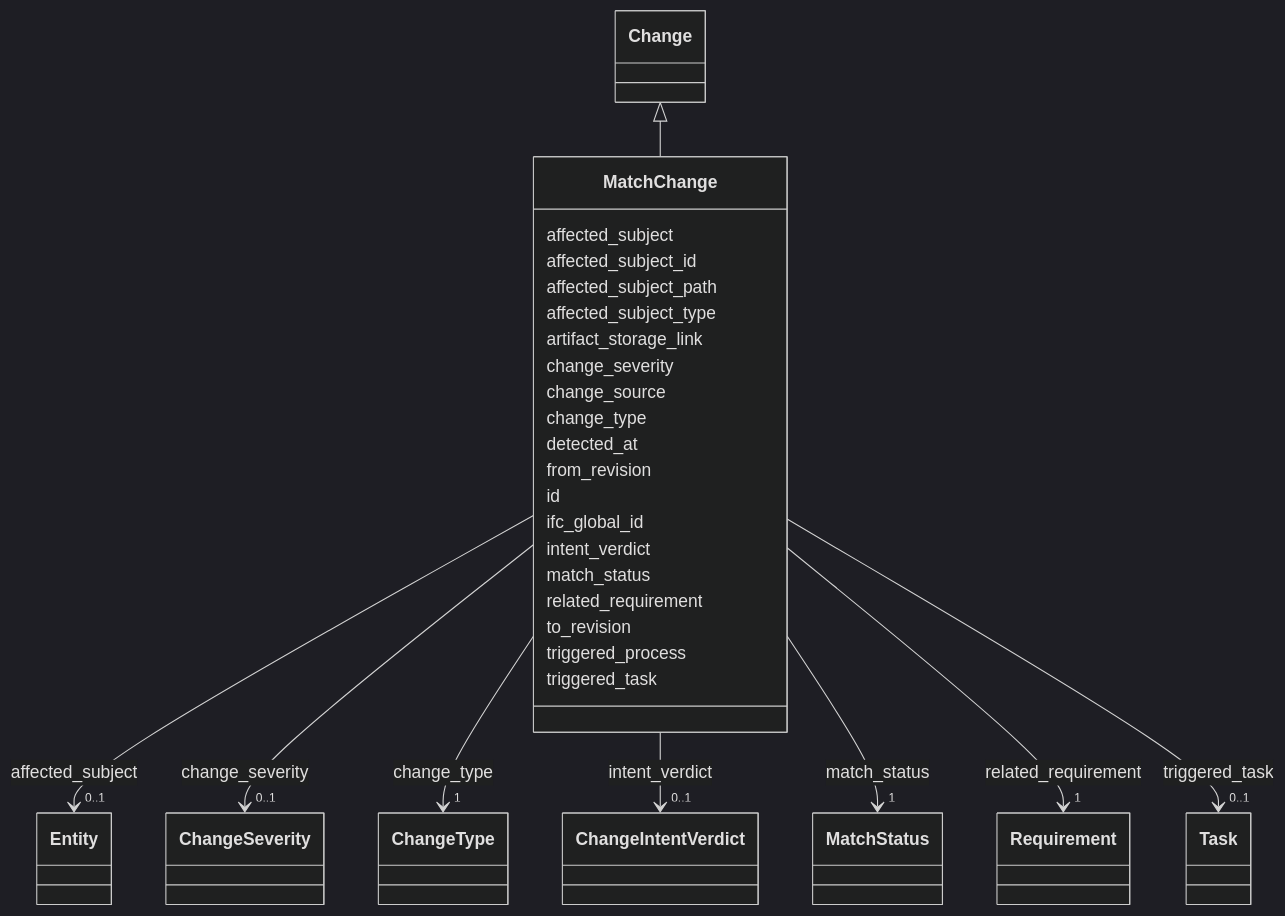
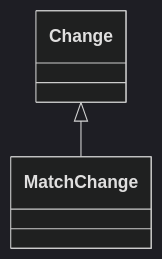
The diagram in site/.md-src/schema/MatchChange.md (simondilhas/pragmatic-bim-data-contract), drawn with Mermaid (dark theme) before and after one commit. The commit also changed 561 other files, not shown here.

First line of the commit message:
Integrate Mermaid and Panzoom for enhanced documentation visualization

````diff
--- a/site/.md-src/schema/MatchChange.md
+++ b/site/.md-src/schema/MatchChange.md
@@ -25,39 +25,15 @@
 ```mermaid
- classDiagram
-    class MatchChange
-    click MatchChange href "./MatchChange.html"
-      Change <|-- MatchChange
-        click Change href "./Change.html"
-      MatchChange : affected_subject
-        MatchChange --> "0..1" Entity : affected_subject
-        click Entity href "./Entity.html"
-      MatchChange : affected_subject_id
-      MatchChange : affected_subject_path
-      MatchChange : affected_subject_type
-      MatchChange : artifact_storage_link
-      MatchChange : change_severity
-        MatchChange --> "0..1" ChangeSeverity : change_severity
-        click ChangeSeverity href "./ChangeSeverity.html"
-      MatchChange : change_source
-      MatchChange : change_type
-        MatchChange --> "1" ChangeType : change_type
-        click ChangeType href "./ChangeType.html"
-      MatchChange : detected_at
-      MatchChange : from_revision
-      MatchChange : id
-      MatchChange : ifc_global_id
-      MatchChange : intent_verdict
-        MatchChange --> "0..1" ChangeIntentVerdict : intent_verdict
-        click ChangeIntentVerdict href "./ChangeIntentVerdict.html"
-      MatchChange : match_status
-        MatchChange --> "1" MatchStatus : match_status
-        click MatchStatus href "./MatchStatus.html"
-      MatchChange : related_requirement
-        MatchChange --> "1" Requirement : related_requirement
-        click Requirement href "./Requirement.html"
-      MatchChange : to_revision
-      MatchChange : triggered_process
-      MatchChange : triggered_task
-        MatchChange --> "0..1" Task : triggered_task
-        click Task href "./Task.html"
+classDiagram
+direction TB
+class MatchChange
+click MatchChange href "./MatchChange.html" _blank
+Change <|-- MatchChange
+click Change href "./Change.html" _blank
+click Entity href "./Entity.html" _blank
+click ChangeSeverity href "./ChangeSeverity.html" _blank
+click ChangeType href "./ChangeType.html" _blank
+click ChangeIntentVerdict href "./ChangeIntentVerdict.html" _blank
+click MatchStatus href "./MatchStatus.html" _blank
+click Requirement href "./Requirement.html" _blank
+click Task href "./Task.html" _blank
 ```
````
